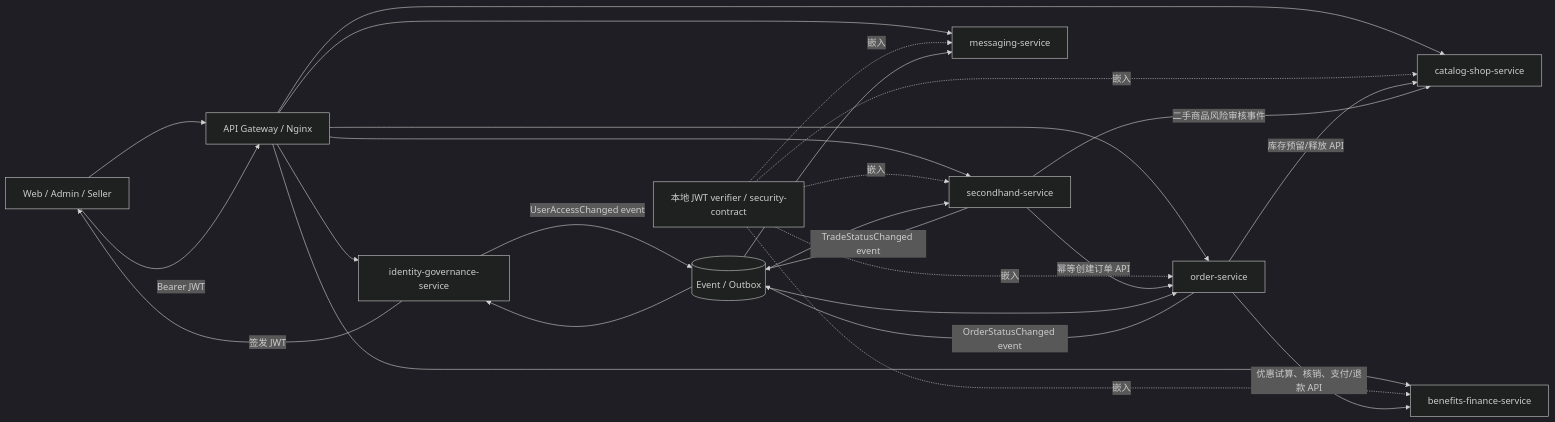
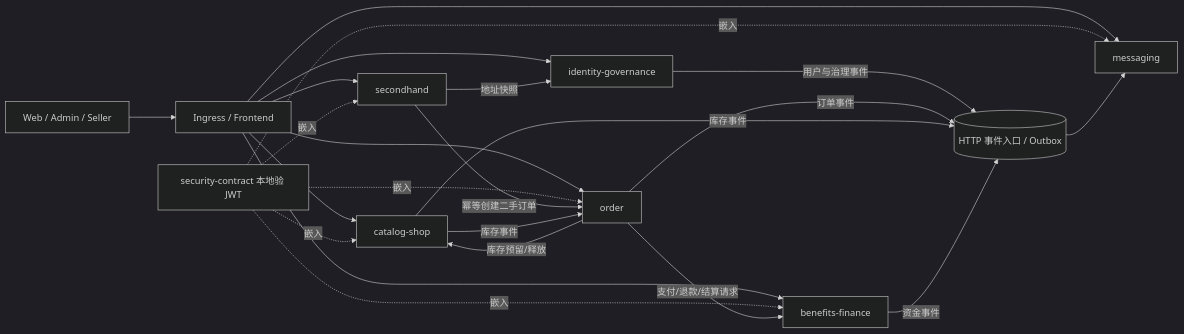
Before and after one commit to Isabella-Apus/SEGroup8: the diagram in 02_docs/architecture/microservice-boundaries.md, drawn with Mermaid (dark theme). The commit also changed other lines of this file and 1250 other files, not shown here.

````diff
--- a/02_docs/architecture/microservice-boundaries.md
+++ b/02_docs/architecture/microservice-boundaries.md
@@ -65,25 +20,25 @@
 ```mermaid
 flowchart LR
-    Client[Web / Admin / Seller] --> Gateway[API Gateway / Nginx]
+    Client[Web / Admin / Seller] --> Gateway[Ingress / Frontend]
+    Gateway --> Identity[identity-governance]
+    Gateway --> Catalog[catalog-shop]
+    Gateway --> Order[order]
+    Gateway --> Secondhand[secondhand]
+    Gateway --> Finance[benefits-finance]
+    Gateway --> Messaging[messaging]
 
-    Gateway --> Identity[identity-governance-service]
-    Gateway --> Catalog[catalog-shop-service]
-    Gateway --> Order[order-service]
-    Gateway --> Secondhand[secondhand-service]
-    Gateway --> Benefits[benefits-finance-service]
-    Gateway --> Messaging[messaging-service]
+    SharedJWT[security-contract 本地验 JWT]
+    SharedJWT -.嵌入.-> Catalog & Order & Secondhand & Finance & Messaging
 
-    Identity -->|签发 JWT| Client
-    Client -->|Bearer JWT| Gateway
-    SharedVerifier[本地 JWT verifier / security-contract]
-    SharedVerifier -.嵌入.-> Catalog & Order & Secondhand & Benefits & Messaging
+    Order -->|库存预留/释放| Catalog
+    Order -->|支付/退款/结算请求| Finance
+    Secondhand -->|幂等创建二手订单| Order
+    Secondhand -->|地址快照| Identity
+    Catalog -->|库存事件| Order
 
-    Order -->|库存预留/释放 API| Catalog
-    Order -->|优惠试算、核销、支付/退款 API| Benefits
-    Secondhand -->|幂等创建订单 API| Order
-    Secondhand -->|二手商品风险审核事件| Catalog
-    Identity -->|UserAccessChanged event| EventBus[(Event / Outbox)]
-    Order -->|OrderStatusChanged event| EventBus
-    Secondhand -->|TradeStatusChanged event| EventBus
-    EventBus --> Identity & Messaging & Order & Secondhand
+    Identity -->|用户与治理事件| Bus[(HTTP 事件入口 / Outbox)]
+    Order -->|订单事件| Bus
+    Catalog -->|库存事件| Bus
+    Finance -->|资金事件| Bus
+    Bus --> Messaging
 ```
````
